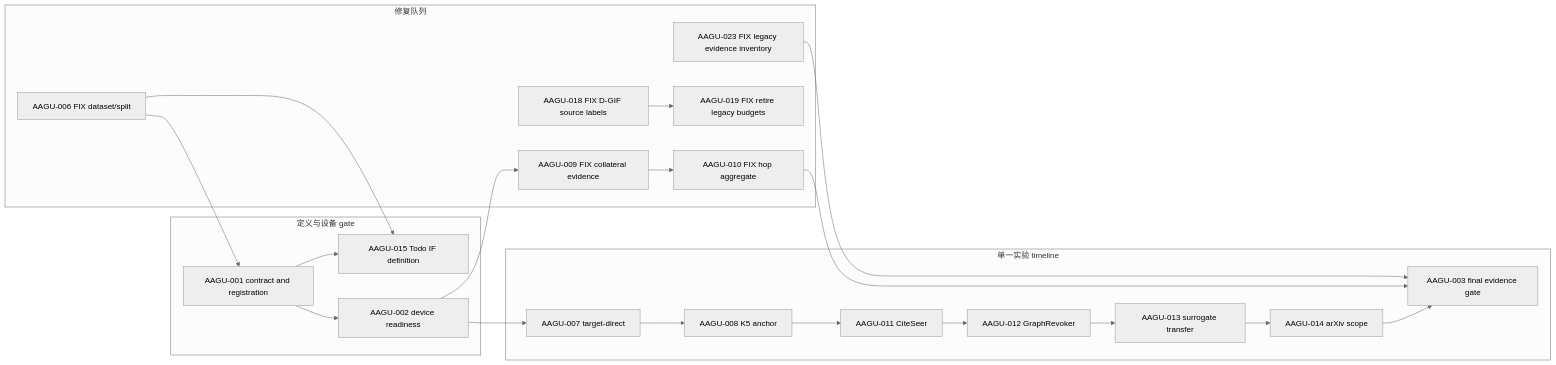
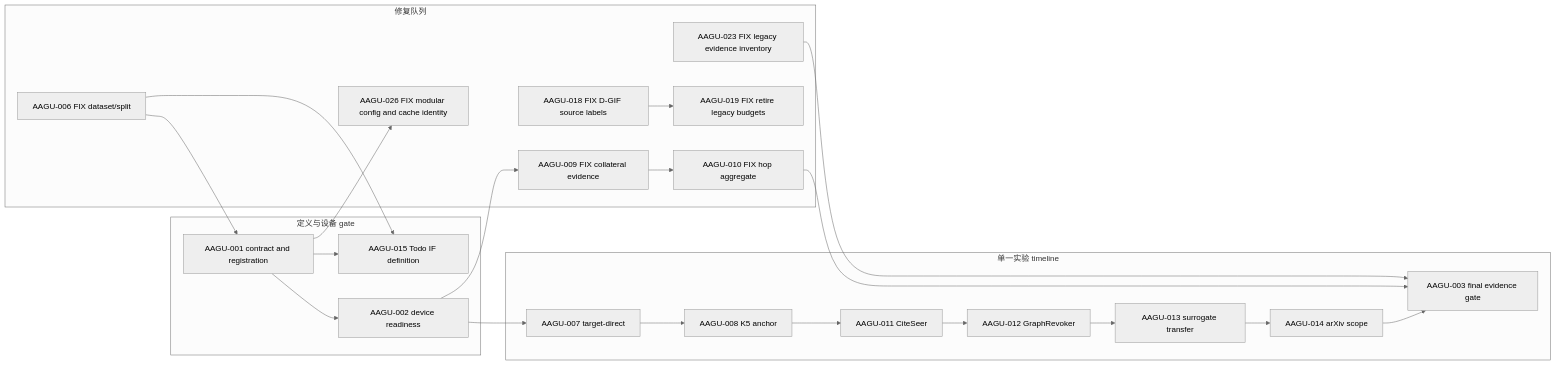
The diagram in GULib-master/self/dashboard/WORKPLAN.md (lelelelelelelelelelelelele/OpenGU), drawn with Mermaid (neutral theme) before and after one commit. The commit also changed other lines of this file and 4 other files, not shown here.

Commit message:
init(AAGU-026): register modular config and cache identity isolation

````diff
--- a/GULib-master/self/dashboard/WORKPLAN.md
+++ b/GULib-master/self/dashboard/WORKPLAN.md
@@ -72,38 +74,40 @@
 ```mermaid
 flowchart LR
   subgraph Repair[修复队列]
     R0[AAGU-006 FIX dataset/split]
     R1[AAGU-009 FIX collateral evidence]
     R2[AAGU-010 FIX hop aggregate]
     R3[AAGU-018 FIX D-GIF source labels]
     R4[AAGU-019 FIX retire legacy budgets]
     R5[AAGU-023 FIX legacy evidence inventory]
+    R6[AAGU-026 FIX modular config and cache identity]
     R1 --> R2
     R3 --> R4
   end
 
   subgraph Gates[定义与设备 gate]
     T0[AAGU-015 Todo IF definition]
     G0[AAGU-001 contract and registration]
     G1[AAGU-002 device readiness]
     R0 --> G0 --> T0
     R0 --> T0
     G0 --> G1
   end
 
   subgraph Experiments[单一实验 timeline]
     X0[AAGU-007 target-direct]
     X1[AAGU-008 K5 anchor]
     X2[AAGU-011 CiteSeer]
     X3[AAGU-012 GraphRevoker]
     X4[AAGU-013 surrogate transfer]
     X5[AAGU-014 arXiv scope]
     G2[AAGU-003 final evidence gate]
     X0 --> X1 --> X2 --> X3 --> X4 --> X5 --> G2
   end
 
   G1 --> X0
+  G0 --> R6
   G1 --> R1
   R2 --> G2
   R5 --> G2
 ```
````
